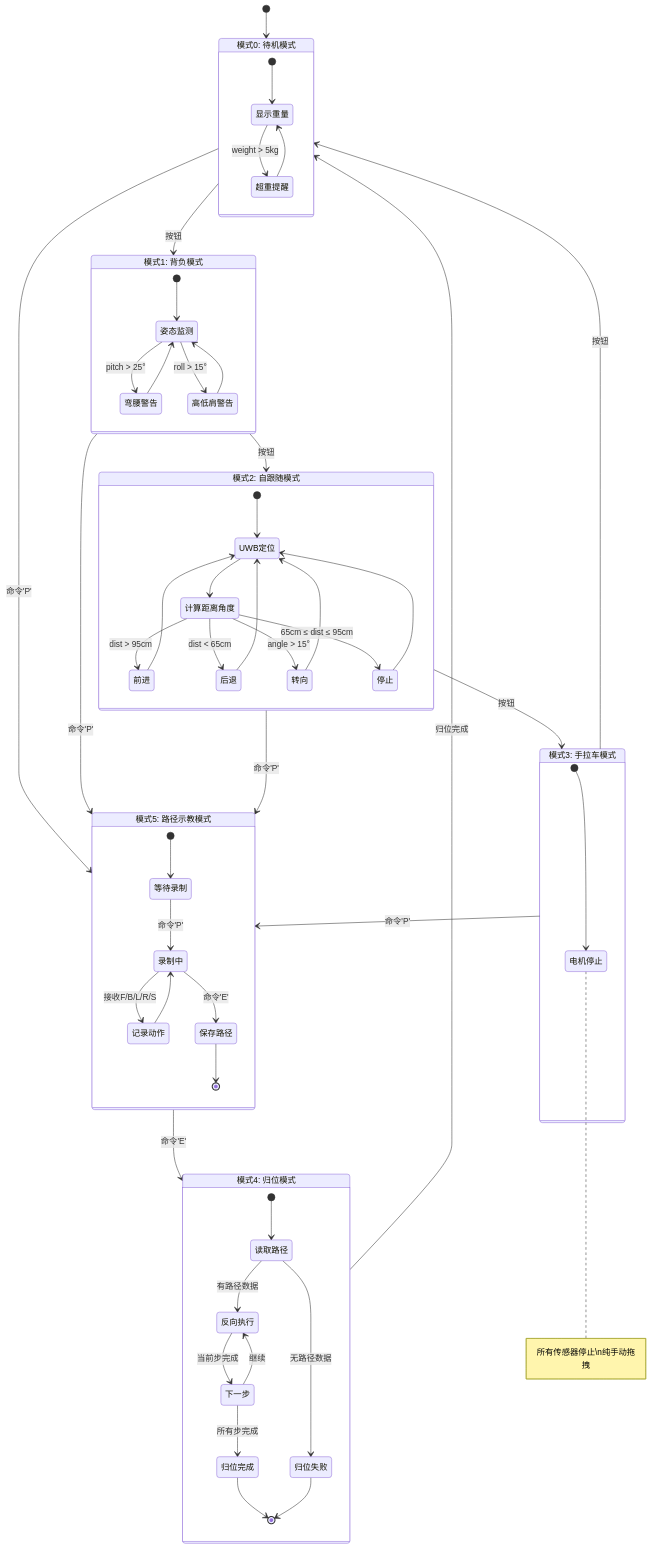
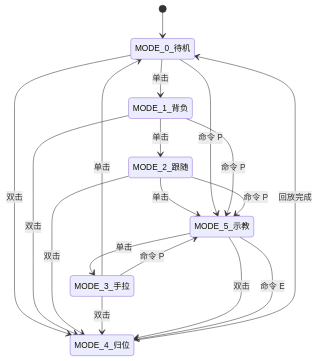
One commit to weizunwhite/oneup_sc_liushijun changed the second of 2 diagrams in 系统架构图.md. Above: the diagram before and after it, drawn with Mermaid. The commit also changed other lines of this file and 3 other files, not shown here.

````diff
--- a/系统架构图.md
+++ b/系统架构图.md
@@ -71,78 +24,24 @@
 ```mermaid
 stateDiagram-v2
     [*] --> MODE_0_待机
 
-    MODE_0_待机: 模式0: 待机模式
-    MODE_1_背负: 模式1: 背负模式
-    MODE_2_跟随: 模式2: 自跟随模式
-    MODE_3_手拉: 模式3: 手拉车模式
-    MODE_4_归位: 模式4: 归位模式
-    MODE_5_示教: 模式5: 路径示教模式
+    MODE_0_待机 --> MODE_1_背负: 单击
+    MODE_1_背负 --> MODE_2_跟随: 单击
+    MODE_2_跟随 --> MODE_5_示教: 单击
+    MODE_5_示教 --> MODE_3_手拉: 单击
+    MODE_3_手拉 --> MODE_0_待机: 单击
 
-    state MODE_0_待机 {
-        [*] --> 显示重量
-        显示重量 --> 超重提醒: weight > 5kg
-        超重提醒 --> 显示重量
-    }
+    MODE_0_待机 --> MODE_4_归位: 双击
+    MODE_1_背负 --> MODE_4_归位: 双击
+    MODE_2_跟随 --> MODE_4_归位: 双击
+    MODE_3_手拉 --> MODE_4_归位: 双击
+    MODE_5_示教 --> MODE_4_归位: 双击
 
-    state MODE_1_背负 {
-        [*] --> 姿态监测
-        姿态监测 --> 弯腰警告: pitch > 25°
-        姿态监测 --> 高低肩警告: roll > 15°
-        弯腰警告 --> 姿态监测
-        高低肩警告 --> 姿态监测
-    }
+    MODE_4_归位 --> MODE_0_待机: 回放完成
 
-    state MODE_2_跟随 {
-        [*] --> UWB定位
-        UWB定位 --> 计算距离角度
-        计算距离角度 --> 前进: dist > 95cm
-        计算距离角度 --> 后退: dist < 65cm
-        计算距离角度 --> 转向: angle > 15°
-        计算距离角度 --> 停止: 65cm ≤ dist ≤ 95cm
-        前进 --> UWB定位
-        后退 --> UWB定位
-        转向 --> UWB定位
-        停止 --> UWB定位
-    }
-
-    state MODE_3_手拉 {
-        [*] --> 电机停止
-        note right of 电机停止: 所有传感器停止\n纯手动拖拽
-    }
-
-    state MODE_4_归位 {
-        [*] --> 读取路径
-        读取路径 --> 反向执行: 有路径数据
-        读取路径 --> 归位失败: 无路径数据
-        反向执行 --> 下一步: 当前步完成
-        下一步 --> 归位完成: 所有步完成
-        下一步 --> 反向执行: 继续
-        归位完成 --> [*]
-        归位失败 --> [*]
-    }
-
-    state MODE_5_示教 {
-        [*] --> 等待录制
-        等待录制 --> 录制中: 命令'P'
-        录制中 --> 记录动作: 接收F/B/L/R/S
-        记录动作 --> 录制中
-        录制中 --> 保存路径: 命令'E'
-        保存路径 --> [*]
-    }
-
-    %% 模式切换（按钮）
-    MODE_0_待机 --> MODE_1_背负: 按钮
-    MODE_1_背负 --> MODE_2_跟随: 按钮
-    MODE_2_跟随 --> MODE_3_手拉: 按钮
-    MODE_3_手拉 --> MODE_0_待机: 按钮
-
-    %% 特殊模式切换（命令）
-    MODE_0_待机 --> MODE_5_示教: 命令'P'
-    MODE_1_背负 --> MODE_5_示教: 命令'P'
-    MODE_2_跟随 --> MODE_5_示教: 命令'P'
-    MODE_3_手拉 --> MODE_5_示教: 命令'P'
-
-    MODE_5_示教 --> MODE_4_归位: 命令'E'
-    MODE_4_归位 --> MODE_0_待机: 归位完成
+    MODE_0_待机 --> MODE_5_示教: 命令 P
+    MODE_1_背负 --> MODE_5_示教: 命令 P
+    MODE_2_跟随 --> MODE_5_示教: 命令 P
+    MODE_3_手拉 --> MODE_5_示教: 命令 P
+    MODE_5_示教 --> MODE_4_归位: 命令 E
 ```
````
